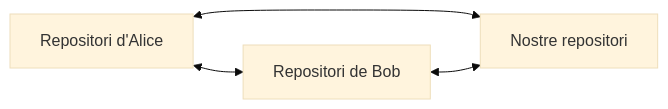
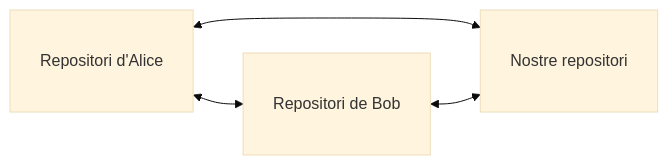
Before and after one commit to Curs0-EPS-UdL/2627: the first of 3 diagrams in teoria/04-version-control.qmd, drawn with Mermaid (base theme). The commit also changed other lines of this file and 4 other files, not shown here.

````diff
--- a/teoria/04-version-control.qmd
+++ b/teoria/04-version-control.qmd
@@ -1173,10 +1191,12 @@
 ```{mermaid}
 flowchart LR
-    A["Repositori d'Alice"]
-    B["Repositori de Bob"]
-    C["Nostre repositori"]
+    A["Repositori d'Alice"]:::wide
+    B["Repositori de Bob"]:::wide
+    C["Nostre repositori"]:::wide
 
     A <--> B
     A <--> C
     B <--> C
+
+    classDef wide padding:100px
 ```
````
